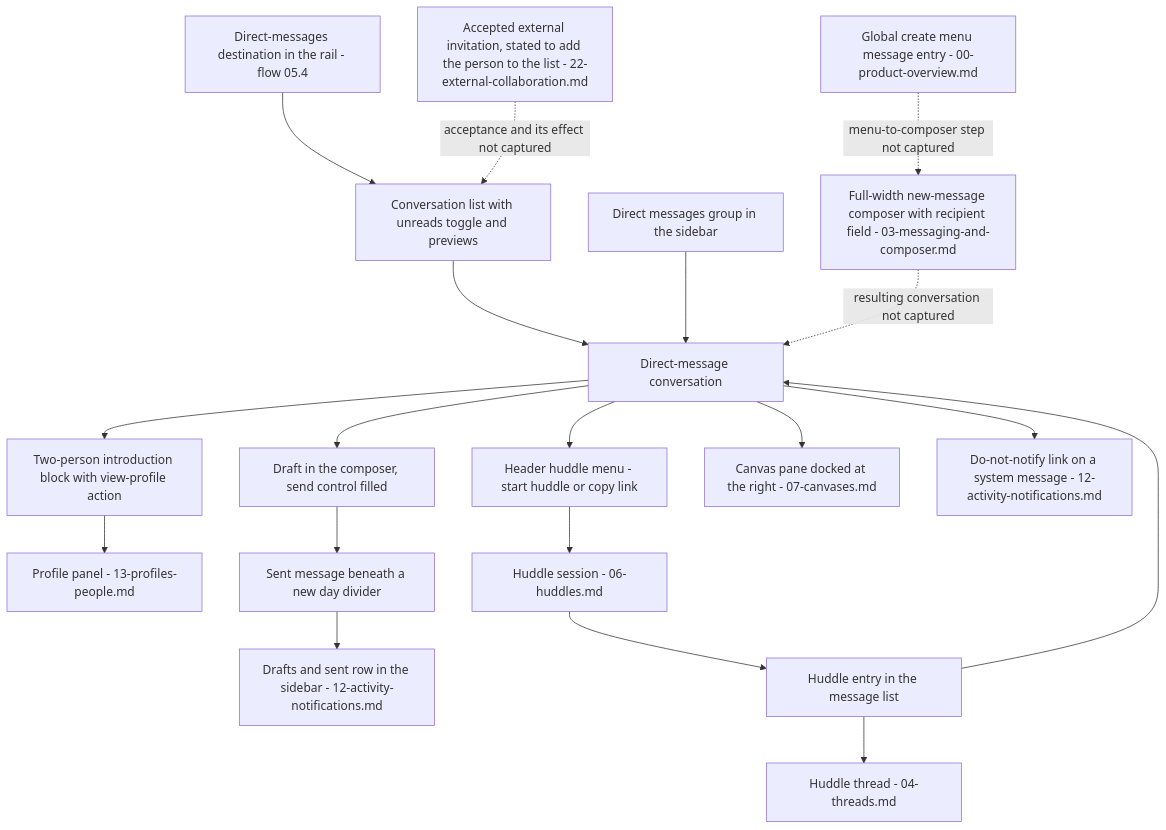
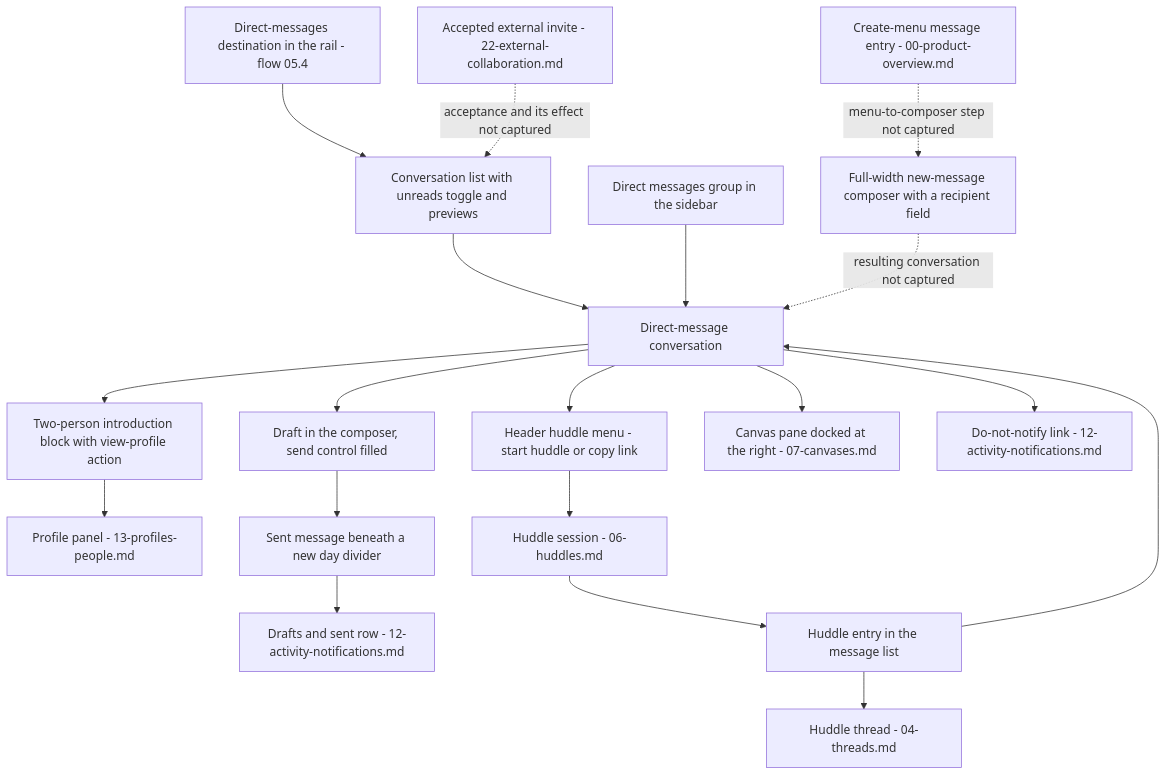
The diagram in docs/workflows/05-direct-messages.md (blitzy-research/blitzy-slack), drawn with Mermaid before and after one commit. The commit also changed 18 other files, not shown here.

````diff
--- a/docs/workflows/05-direct-messages.md
+++ b/docs/workflows/05-direct-messages.md
@@ -219,40 +219,40 @@
 ```mermaid
 flowchart TD
     RAILDEST["Direct-messages destination in the rail - flow 05.4"]
     SIDEBARGROUP["Direct messages group in the sidebar"]
-    CREATEMENU["Global create menu message entry - 00-product-overview.md"]
-    EXTACCEPT["Accepted external invitation, stated to add the person to the list - 22-external-collaboration.md"]
-    NEWMSG["Full-width new-message composer with recipient field - 03-messaging-and-composer.md"]
+    CREATEMENU["Create-menu message entry - 00-product-overview.md"]
+    EXTACCEPT["Accepted external invite - 22-external-collaboration.md"]
+    NEWMSG["Full-width new-message composer with a recipient field"]
     LIST["Conversation list with unreads toggle and previews"]
     CONV["Direct-message conversation"]
     INTRO["Two-person introduction block with view-profile action"]
     PROFILE["Profile panel - 13-profiles-people.md"]
     DRAFT["Draft in the composer, send control filled"]
     SENT["Sent message beneath a new day divider"]
-    DRAFTSROW["Drafts and sent row in the sidebar - 12-activity-notifications.md"]
+    DRAFTSROW["Drafts and sent row - 12-activity-notifications.md"]
     HUDDLEMENU["Header huddle menu - start huddle or copy link"]
     HUDDLE["Huddle session - 06-huddles.md"]
     HUDDLEENTRY["Huddle entry in the message list"]
     THREAD["Huddle thread - 04-threads.md"]
     CANVASPANE["Canvas pane docked at the right - 07-canvases.md"]
-    SUPPRESS["Do-not-notify link on a system message - 12-activity-notifications.md"]
+    SUPPRESS["Do-not-notify link - 12-activity-notifications.md"]
 
     RAILDEST --> LIST
     LIST --> CONV
     SIDEBARGROUP --> CONV
     CREATEMENU -.->|"menu-to-composer step not captured"| NEWMSG
     EXTACCEPT -.->|"acceptance and its effect not captured"| LIST
     NEWMSG -.->|"resulting conversation not captured"| CONV
     CONV --> INTRO
     INTRO --> PROFILE
     CONV --> DRAFT
     DRAFT --> SENT
     SENT --> DRAFTSROW
     CONV --> HUDDLEMENU
     HUDDLEMENU --> HUDDLE
     HUDDLE --> HUDDLEENTRY
     HUDDLEENTRY --> CONV
     HUDDLEENTRY --> THREAD
     CONV --> CANVASPANE
     CONV --> SUPPRESS
 ```
````
